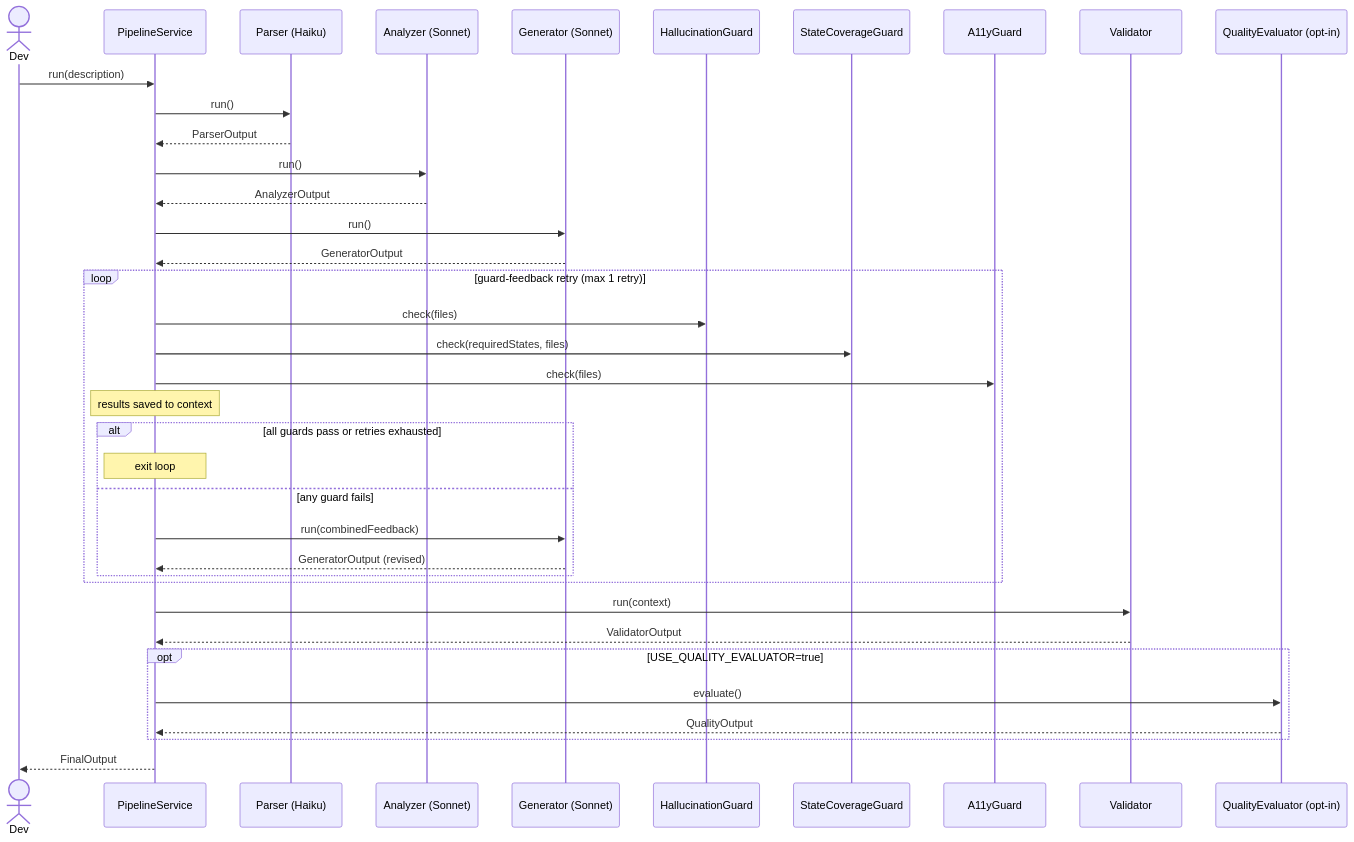
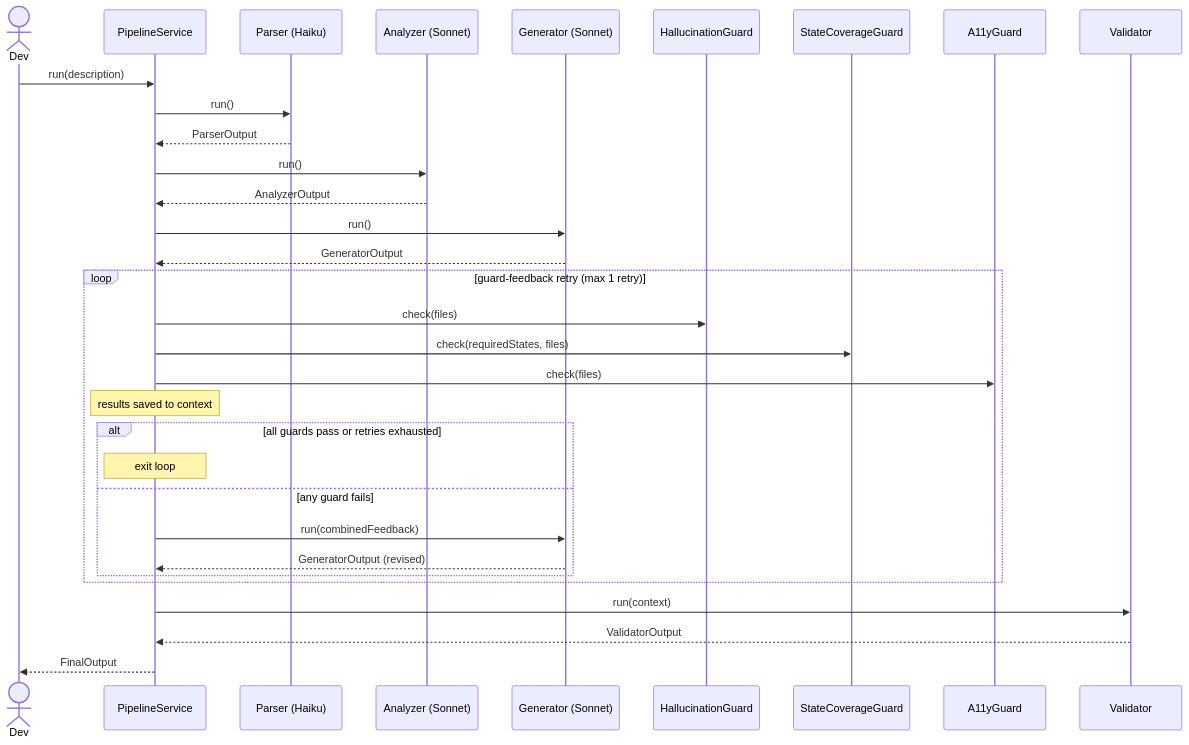
Before and after one commit to just3is-dev/unlimit-test: the third of 3 diagrams in README.md, drawn with Mermaid. The commit also changed other lines of this file and 14 other files, not shown here.

First line of the commit message:
refactor: remove QualityEvaluator — passive opt-in stage that influenced nothing

````diff
--- a/README.md
+++ b/README.md
@@ -139,47 +128,41 @@
 ```mermaid
 sequenceDiagram
     actor Dev
     participant PS as PipelineService
     participant PA as Parser (Haiku)
     participant AA as Analyzer (Sonnet)
     participant GA as Generator (Sonnet)
     participant HG as HallucinationGuard
     participant SC as StateCoverageGuard
     participant AG as A11yGuard
     participant VA as Validator
-    participant QE as QualityEvaluator (opt-in)
 
     Dev->>PS: run(description)
     PS->>PA: run()
     PA-->>PS: ParserOutput
 
     PS->>AA: run()
     AA-->>PS: AnalyzerOutput
 
     PS->>GA: run()
     GA-->>PS: GeneratorOutput
 
     loop guard-feedback retry (max 1 retry)
         PS->>HG: check(files)
         PS->>SC: check(requiredStates, files)
         PS->>AG: check(files)
         note over PS: results saved to context
 
         alt all guards pass or retries exhausted
             note over PS: exit loop
         else any guard fails
             PS->>GA: run(combinedFeedback)
             GA-->>PS: GeneratorOutput (revised)
         end
     end
 
     PS->>VA: run(context)
     VA-->>PS: ValidatorOutput
 
-    opt USE_QUALITY_EVALUATOR=true
-        PS->>QE: evaluate()
-        QE-->>PS: QualityOutput
-    end
-
     PS-->>Dev: FinalOutput
 ```
````
